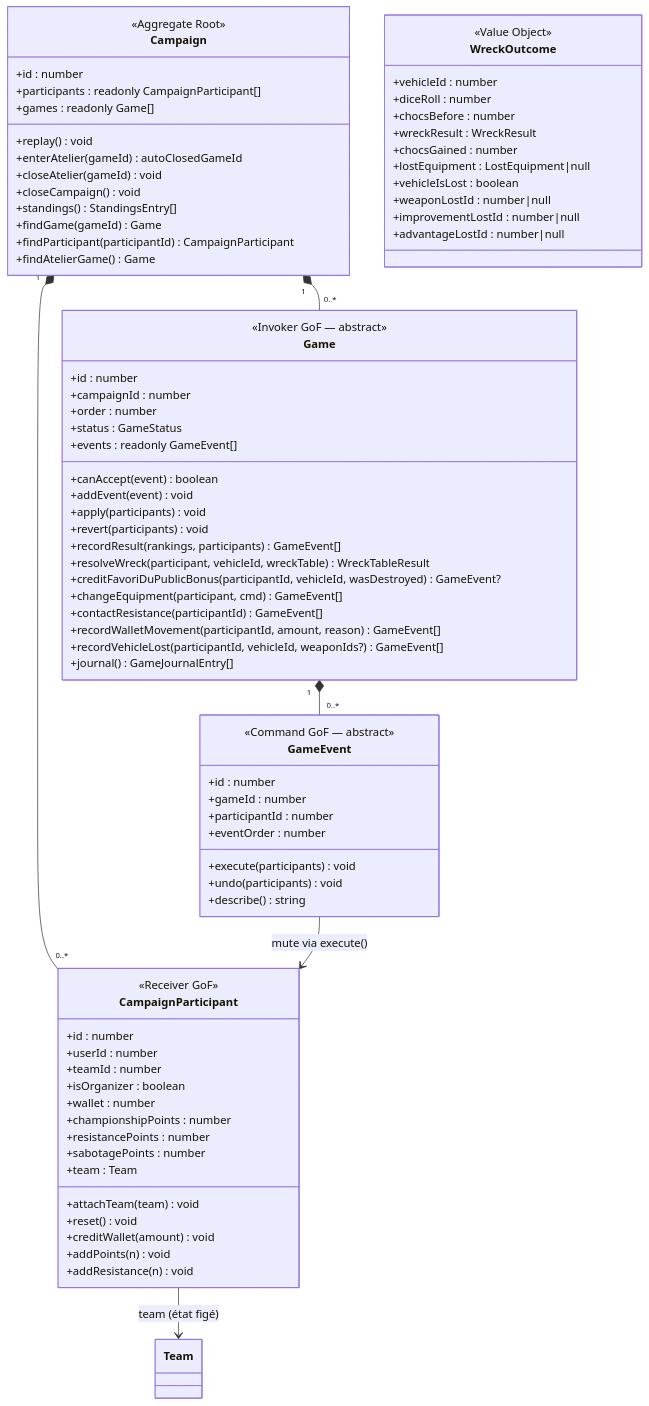
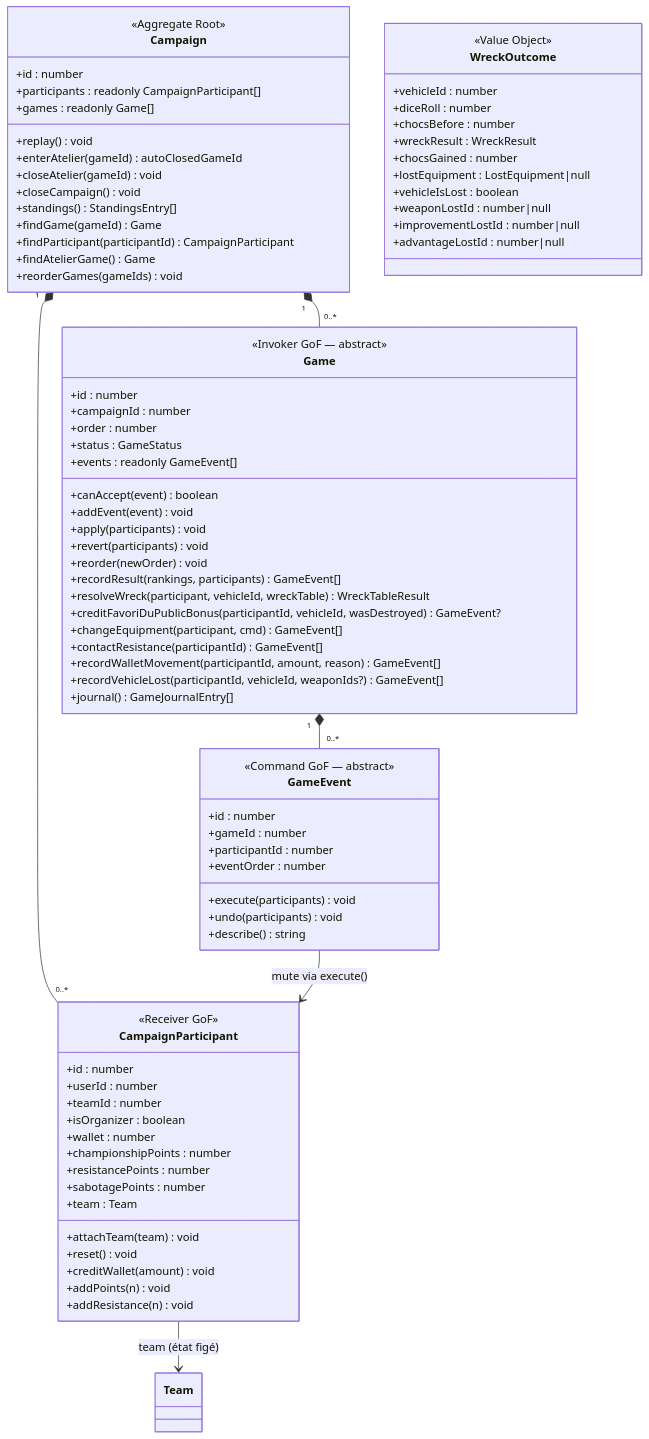
One commit to arnaudbracchetti/gaslands-manager changed the fifth of 5 diagrams in docs/DOMAIN_MODEL.md. Above: the diagram before and after it, drawn with Mermaid. The commit also changed 25 other files, not shown here.

```diff
--- a/docs/DOMAIN_MODEL.md
+++ b/docs/DOMAIN_MODEL.md
@@ -756,6 +756,7 @@
         +findGame(gameId) Game
         +findParticipant(participantId) CampaignParticipant
         +findAtelierGame() Game
+        +reorderGames(gameIds) void
     }
 
     class CampaignParticipant {
@@ -787,6 +788,7 @@
         +addEvent(event) void
         +apply(participants) void
         +revert(participants) void
+        +reorder(newOrder) void
         +recordResult(rankings, participants) GameEvent[]
         +resolveWreck(participant, vehicleId, wreckTable) WreckTableResult
         +creditFavoriDuPublicBonus(participantId, vehicleId, wasDestroyed) GameEvent?
```
